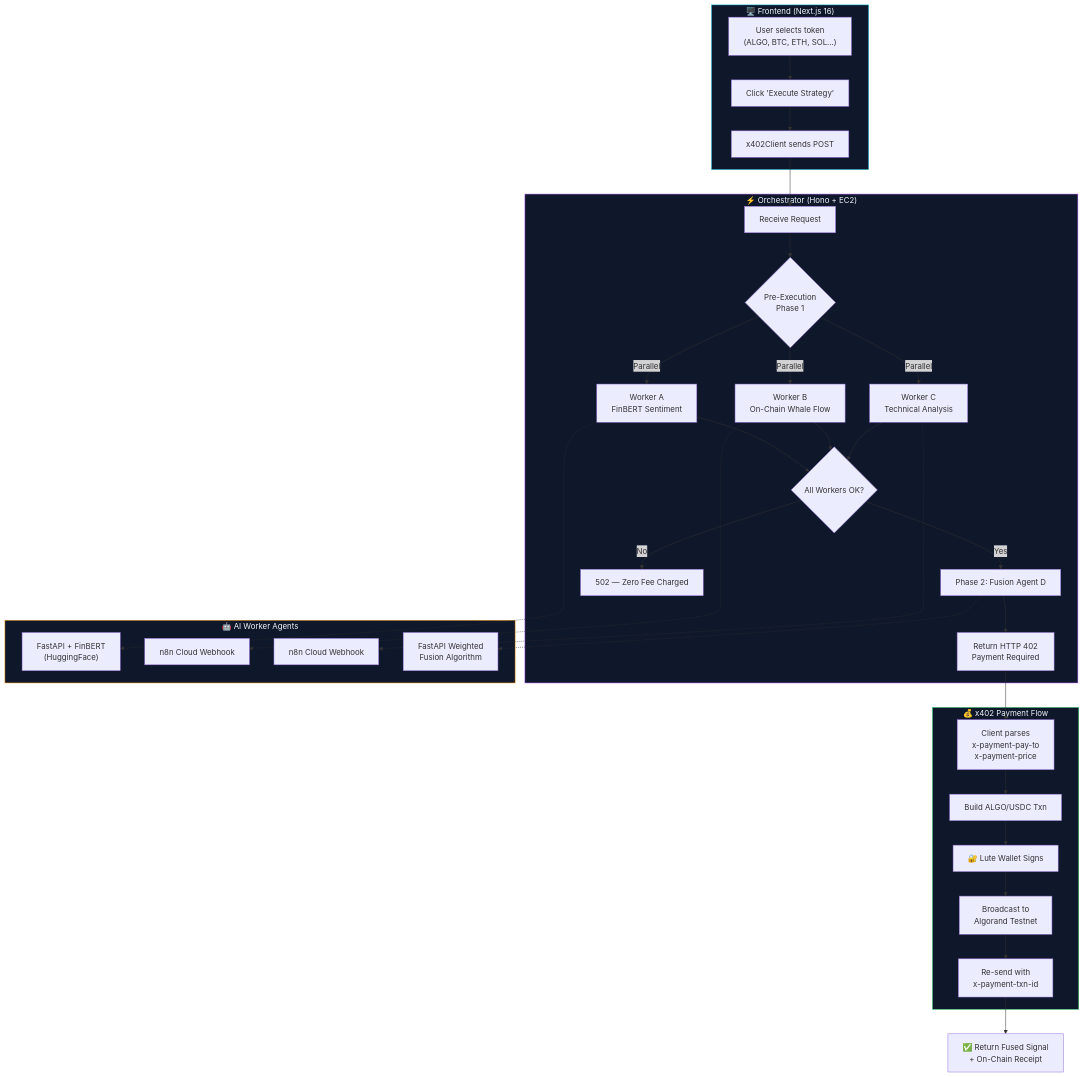
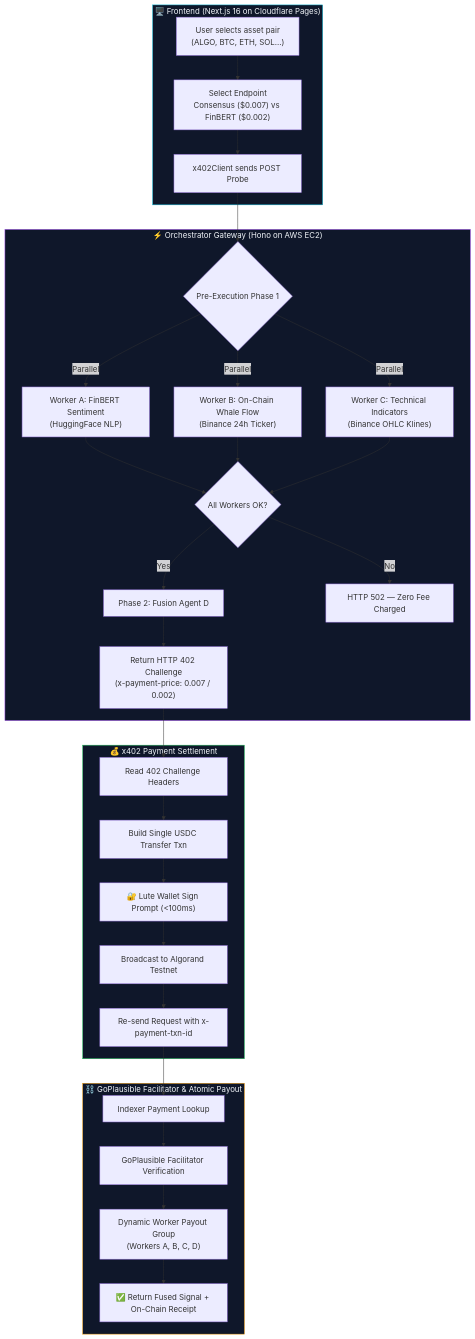
Before and after one commit to dhanrajgupta2736/quantmesh-x402: the diagram in README.md, drawn with Mermaid. The commit also changed other lines of this file and 1 other file, not shown here.

Commit message:
docs(readme): master README update with Cloudflare Pages live URL, dual x402 endpoints, AI tokenomics, and Binance live market integration

````diff
--- a/README.md
+++ b/README.md
@@ -33,43 +73,40 @@
 ```mermaid
 flowchart TD
-    subgraph CLIENT["🖥️ Frontend (Next.js 16)"]
-        A["User selects token<br/>(ALGO, BTC, ETH, SOL...)"] --> B["Click 'Execute Strategy'"]
-        B --> C["x402Client sends POST"]
+    subgraph CLIENT["🖥️ Frontend (Next.js 16 on Cloudflare Pages)"]
+        A["User selects asset pair<br/>(ALGO, BTC, ETH, SOL...)"] --> B["Select Endpoint<br/>Consensus ($0.007) vs FinBERT ($0.002)"]
+        B --> C["x402Client sends POST Probe"]
     end
 
-    subgraph ORCHESTRATOR["⚡ Orchestrator (Hono + EC2)"]
-        D["Receive Request"] --> E{"Pre-Execution<br/>Phase 1"}
-        E -->|Parallel| F["Worker A<br/>FinBERT Sentiment"]
-        E -->|Parallel| G["Worker B<br/>On-Chain Whale Flow"]
-        E -->|Parallel| H["Worker C<br/>Technical Analysis"]
-        F --> I{"All Workers OK?"}
-        G --> I
-        H --> I
-        I -->|Yes| J["Phase 2: Fusion Agent D"]
-        I -->|No| K["502 — Zero Fee Charged"]
-        J --> L["Return HTTP 402<br/>Payment Required"]
+    subgraph ORCHESTRATOR["⚡ Orchestrator Gateway (Hono on AWS EC2)"]
+        C --> D{"Pre-Execution Phase 1"}
+        D -->|Parallel| E["Worker A: FinBERT Sentiment<br/>(HuggingFace NLP)"]
+        D -->|Parallel| F["Worker B: On-Chain Whale Flow<br/>(Binance 24h Ticker)"]
+        D -->|Parallel| G["Worker C: Technical Indicators<br/>(Binance OHLC Klines)"]
+        E --> H{"All Workers OK?"}
+        F --> H
+        G --> H
+        H -->|Yes| I["Phase 2: Fusion Agent D"]
+        H -->|No| J["HTTP 502 — Zero Fee Charged"]
+        I --> K["Return HTTP 402 Challenge<br/>(x-payment-price: 0.007 / 0.002)"]
     end
 
-    subgraph PAYMENT["💰 x402 Payment Flow"]
-        L --> M["Client parses<br/>x-payment-pay-to<br/>x-payment-price"]
-        M --> N["Build ALGO/USDC Txn"]
-        N --> O["🔐 Lute Wallet Signs"]
-        O --> P["Broadcast to<br/>Algorand Testnet"]
-        P --> Q["Re-send with<br/>x-payment-txn-id"]
+    subgraph PAYMENT["💰 x402 Payment Settlement"]
+        K --> L["Read 402 Challenge Headers"]
+        L --> M["Build Single USDC Transfer Txn"]
+        M --> N["🔐 Lute Wallet Sign Prompt (<100ms)"]
+        N --> O["Broadcast to Algorand Testnet"]
+        O --> P["Re-send Request with x-payment-txn-id"]
     end
 
-    subgraph WORKERS["🤖 AI Worker Agents"]
-        F -.-> F1["FastAPI + FinBERT<br/>(HuggingFace)"]
-        G -.-> G1["n8n Cloud Webhook"]
-        H -.-> H1["n8n Cloud Webhook"]
-        J -.-> J1["FastAPI Weighted<br/>Fusion Algorithm"]
+    subgraph SETTLEMENT["⛓️ GoPlausible Facilitator & Atomic Payout"]
+        P --> Q["Indexer Payment Lookup"]
+        Q --> R["GoPlausible Facilitator Verification"]
+        R --> S["Dynamic Worker Payout Group<br/>(Workers A, B, C, D)"]
+        S --> T["✅ Return Fused Signal + On-Chain Receipt"]
     end
-
-    C --> D
-    Q --> R["✅ Return Fused Signal<br/>+ On-Chain Receipt"]
 
     style CLIENT fill:#0f172a,stroke:#06b6d4,color:#f1f5f9
     style ORCHESTRATOR fill:#0f172a,stroke:#a855f7,color:#f1f5f9
     style PAYMENT fill:#0f172a,stroke:#22c55e,color:#f1f5f9
-    style WORKERS fill:#0f172a,stroke:#f59e0b,color:#f1f5f9
+    style SETTLEMENT fill:#0f172a,stroke:#f59e0b,color:#f1f5f9
 ```
````
